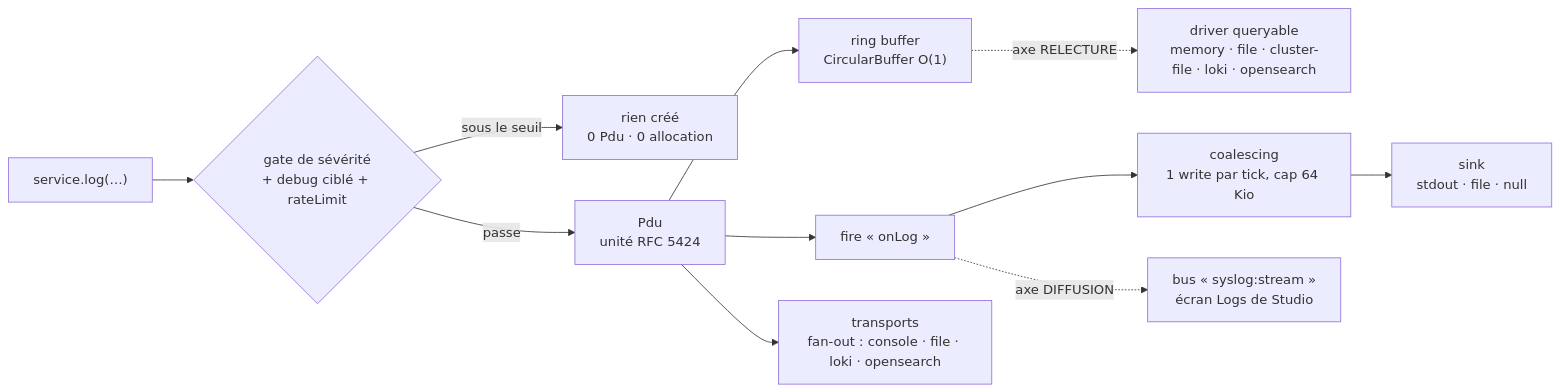
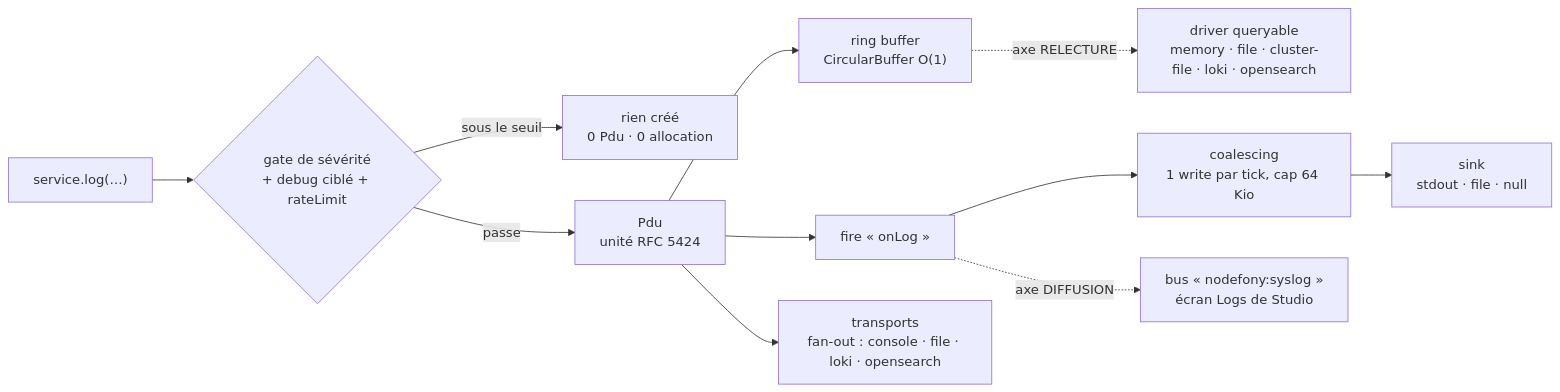
The diagram in src/nodefony/docs/syslog.md (nodefony/nodefony-core), drawn with Mermaid before and after one commit. The commit also changed other lines of this file and 151 other files, not shown here.

````diff
--- a/src/nodefony/docs/syslog.md
+++ b/src/nodefony/docs/syslog.md
@@ -52,13 +52,13 @@
 ```mermaid
 flowchart LR
   Src["service.log(…)"] --> G{"gate de sévérité<br/>+ debug ciblé + rateLimit"}
   G -->|sous le seuil| DROP["rien créé<br/>0 Pdu · 0 allocation"]
   G -->|passe| P["Pdu<br/>unité RFC 5424"]
   P --> R["ring buffer<br/>CircularBuffer O(1)"]
   P --> OL["fire « onLog »"]
   P --> T["transports<br/>fan-out : console · file · loki · opensearch"]
   OL --> W["coalescing<br/>1 write par tick, cap 64 Kio"]
   W --> SK["sink<br/>stdout · file · null"]
   R -.->|axe RELECTURE| Q["driver queryable<br/>memory · file · cluster-file · loki · opensearch"]
-  OL -.->|axe DIFFUSION| ST["bus « syslog:stream »<br/>écran Logs de Studio"]
+  OL -.->|axe DIFFUSION| ST["bus « nodefony:syslog »<br/>écran Logs de Studio"]
 ```
````
